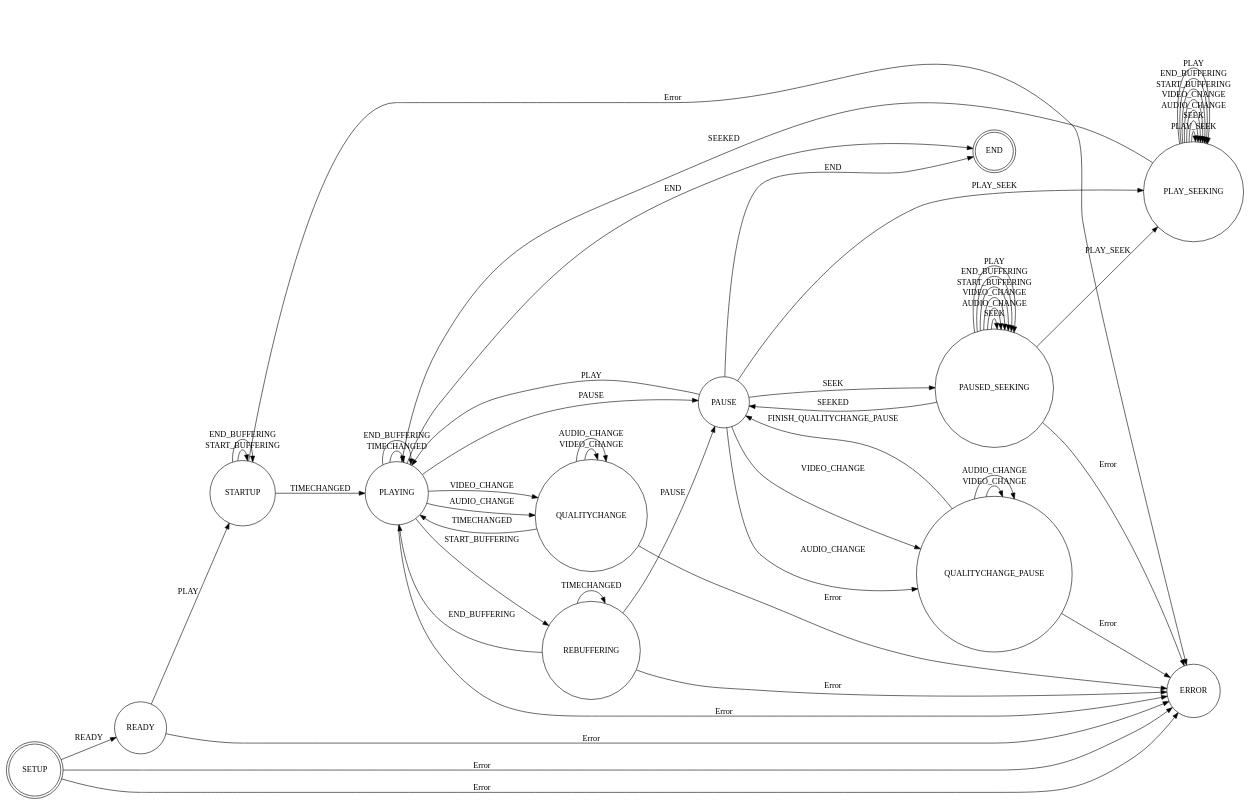
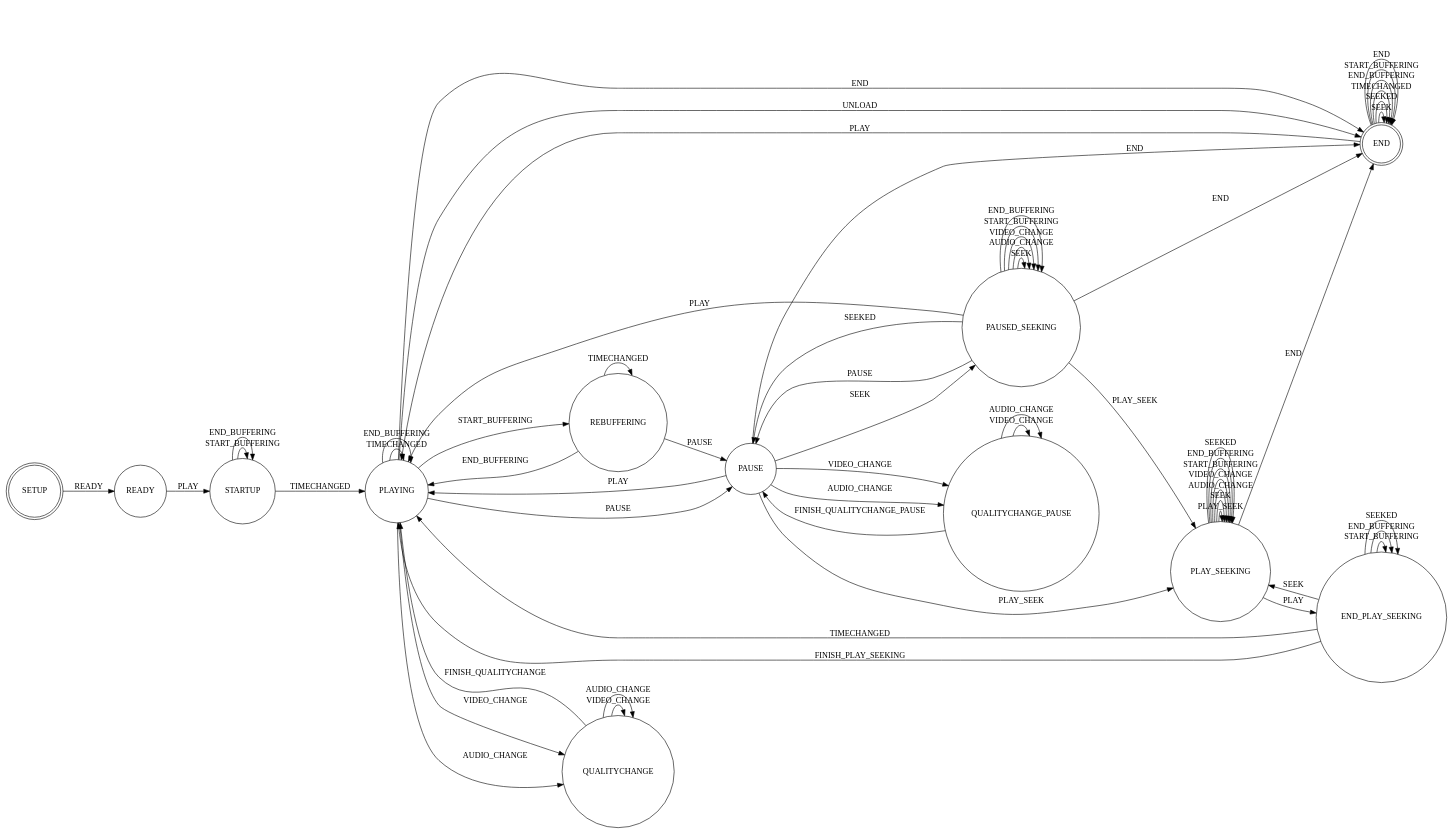
One commit to azarual/bitmovin-analytics-collector changed the diagram in js/states.puml. Above: the diagram before and after it, drawn with PlantUML.

Commit message:
Updated states.puml file.

```diff
--- a/js/states.puml
+++ b/js/states.puml
@@ -1,69 +1,85 @@
 @startuml
 digraph finite_state_machine {
   rankdir=LR;
   node [shape = doublecircle]; SETUP END;
   node [shape = circle];
 
-  SETUP -> READY [ label = "READY" ]
-  READY -> STARTUP [ label = "PLAY" ]
+	SETUP -> READY [ label = "READY" ]
+	READY -> STARTUP [ label = "PLAY" ]
+	STARTUP -> STARTUP [ label = "START_BUFFERING" ]
+	STARTUP -> STARTUP [ label = "END_BUFFERING" ]
+	STARTUP -> PLAYING [ label = "TIMECHANGED" ]
+	PLAYING -> PLAYING [ label = "TIMECHANGED" ]
+	PLAYING -> PLAYING [ label = "END_BUFFERING" ]
+	PLAYING -> REBUFFERING [ label = "START_BUFFERING" ]
+	REBUFFERING -> PLAYING [ label = "END_BUFFERING" ]
+	REBUFFERING -> REBUFFERING [ label = "TIMECHANGED" ]
+	PLAYING -> PAUSE [ label = "PAUSE" ]
+	REBUFFERING -> PAUSE [ label = "PAUSE" ]
+	PAUSE -> PLAYING [ label = "PLAY" ]
+	PLAYING -> QUALITYCHANGE [ label = "VIDEO_CHANGE" ]
+	PLAYING -> QUALITYCHANGE [ label = "AUDIO_CHANGE" ]
+	QUALITYCHANGE -> QUALITYCHANGE [ label = "VIDEO_CHANGE" ]
+	QUALITYCHANGE -> QUALITYCHANGE [ label = "AUDIO_CHANGE" ]
+	QUALITYCHANGE -> PLAYING [ label = "FINISH_QUALITYCHANGE" ]
+	PAUSE -> QUALITYCHANGE_PAUSE [ label = "VIDEO_CHANGE" ]
+	PAUSE -> QUALITYCHANGE_PAUSE [ label = "AUDIO_CHANGE" ]
+	QUALITYCHANGE_PAUSE -> QUALITYCHANGE_PAUSE [ label = "VIDEO_CHANGE" ]
+	QUALITYCHANGE_PAUSE -> QUALITYCHANGE_PAUSE [ label = "AUDIO_CHANGE" ]
+	QUALITYCHANGE_PAUSE -> PAUSE [ label = "FINISH_QUALITYCHANGE_PAUSE" ]
+	PAUSE -> PAUSED_SEEKING [ label = "SEEK" ]
+	PAUSED_SEEKING -> PAUSED_SEEKING [ label = "SEEK" ]
+	PAUSED_SEEKING -> PAUSED_SEEKING [ label = "AUDIO_CHANGE" ]
+	PAUSED_SEEKING -> PAUSED_SEEKING [ label = "VIDEO_CHANGE" ]
+	PAUSED_SEEKING -> PAUSED_SEEKING [ label = "START_BUFFERING" ]
+	PAUSED_SEEKING -> PAUSED_SEEKING [ label = "END_BUFFERING" ]
+	PAUSED_SEEKING -> PAUSE [ label = "SEEKED" ]
+	PAUSED_SEEKING -> PLAYING [ label = "PLAY" ]
+	PAUSED_SEEKING -> PAUSE [ label = "PAUSE" ]
+	PAUSE -> PLAY_SEEKING  [ label = "PLAY_SEEK" ]
+	PAUSED_SEEKING -> PLAY_SEEKING  [ label = "PLAY_SEEK" ]
+	PLAY_SEEKING -> PLAY_SEEKING  [ label = "PLAY_SEEK" ]
+	PLAY_SEEKING -> PLAY_SEEKING [ label = "SEEK" ]
+	PLAY_SEEKING -> PLAY_SEEKING [ label = "AUDIO_CHANGE" ]
+	PLAY_SEEKING -> PLAY_SEEKING [ label = "VIDEO_CHANGE" ]
+	PLAY_SEEKING -> PLAY_SEEKING [ label = "START_BUFFERING" ]
+	PLAY_SEEKING -> PLAY_SEEKING [ label = "END_BUFFERING" ]
+	PLAY_SEEKING -> PLAY_SEEKING [ label = "SEEKED" ]
+	PLAY_SEEKING -> END_PLAY_SEEKING [ label = "PLAY" ]
+	END_PLAY_SEEKING -> END_PLAY_SEEKING [ label = "START_BUFFERING" ]
+	END_PLAY_SEEKING -> END_PLAY_SEEKING [ label = "END_BUFFERING" ]
+	END_PLAY_SEEKING -> END_PLAY_SEEKING [ label = "SEEKED" ]
+	END_PLAY_SEEKING -> PLAYING [ label = "TIMECHANGED" ]
+	PLAY_SEEKING -> END [ label = "END" ]
+	PAUSED_SEEKING -> END [ label = "END" ]
+	PLAYING -> END [ label = "END" ]
+	PAUSE -> END [ label = "END" ]
+	END -> END [ label = "SEEK" ]
+	END -> END [ label = "SEEKED" ]
+	END -> END [ label = "TIMECHANGED" ]
+	END -> END [ label = "END_BUFFERING" ]
+	END -> END [ label = "START_BUFFERING" ]
+	END -> END [ label = "END" ]
+	END -> PLAYING [ label = "PLAY" ]
+	END_PLAY_SEEKING -> PLAY_SEEKING [ label = "SEEK" ]
+	END_PLAY_SEEKING -> PLAYING  [ label = "FINISH_PLAY_SEEKING" ]
+	PLAYING -> END  [ label = "UNLOAD" ]
 
-  STARTUP -> STARTUP [ label = "START_BUFFERING" ]
-  STARTUP -> STARTUP [ label = "END_BUFFERING" ]
-  STARTUP -> PLAYING [ label = "TIMECHANGED" ]
-
-  PLAYING -> PLAYING [ label = "TIMECHANGED" ]
-  PLAYING -> PLAYING [ label = "END_BUFFERING" ]
-  PLAYING -> REBUFFERING [ label = "START_BUFFERING" ]
-  REBUFFERING -> PLAYING [ label = "END_BUFFERING" ]
-  REBUFFERING -> REBUFFERING [ label = "TIMECHANGED" ]
-
-  PLAYING -> PAUSE [ label = "PAUSE" ]
-  REBUFFERING -> PAUSE [ label = "PAUSE" ]
-  PAUSE -> PLAYING [ label = "PLAY" ]
-
-  PLAYING -> QUALITYCHANGE [ label = "VIDEO_CHANGE" ]
-  PLAYING -> QUALITYCHANGE [ label = "AUDIO_CHANGE" ]
-  QUALITYCHANGE -> QUALITYCHANGE [ label = "VIDEO_CHANGE" ]
-  QUALITYCHANGE -> QUALITYCHANGE [ label = "AUDIO_CHANGE" ]
-  QUALITYCHANGE -> PLAYING [ label = "TIMECHANGED" ]
-
-  PAUSE -> QUALITYCHANGE_PAUSE [ label = "VIDEO_CHANGE" ]
-  PAUSE -> QUALITYCHANGE_PAUSE [ label = "AUDIO_CHANGE" ]
-  QUALITYCHANGE_PAUSE -> QUALITYCHANGE_PAUSE [ label = "VIDEO_CHANGE" ]
-  QUALITYCHANGE_PAUSE -> QUALITYCHANGE_PAUSE [ label = "AUDIO_CHANGE" ]
-  QUALITYCHANGE_PAUSE -> PAUSE [ label = "FINISH_QUALITYCHANGE_PAUSE" ]
-
-  PAUSE -> PAUSED_SEEKING [ label = "SEEK" ]
-  PAUSED_SEEKING -> PAUSED_SEEKING [ label = "SEEK" ]
-  PAUSED_SEEKING -> PAUSED_SEEKING [ label = "AUDIO_CHANGE" ]
-  PAUSED_SEEKING -> PAUSED_SEEKING [ label = "VIDEO_CHANGE" ]
-  PAUSED_SEEKING -> PAUSED_SEEKING [ label = "START_BUFFERING" ]
-  PAUSED_SEEKING -> PAUSED_SEEKING [ label = "END_BUFFERING" ]
-  PAUSED_SEEKING -> PAUSE [ label = "SEEKED" ]
-  PAUSED_SEEKING -> PAUSED_SEEKING [ label = "PLAY" ]
-
-  PAUSE -> PLAY_SEEKING [ label = "PLAY_SEEK" ]
-  PAUSED_SEEKING -> PLAY_SEEKING [ label = "PLAY_SEEK" ]
-  PLAY_SEEKING -> PLAY_SEEKING [ label = "PLAY_SEEK" ]
-  PLAY_SEEKING -> PLAY_SEEKING [ label = "SEEK" ]
-  PLAY_SEEKING -> PLAY_SEEKING [ label = "AUDIO_CHANGE" ]
-  PLAY_SEEKING -> PLAY_SEEKING [ label = "VIDEO_CHANGE" ]
-  PLAY_SEEKING -> PLAY_SEEKING [ label = "START_BUFFERING" ]
-  PLAY_SEEKING -> PLAY_SEEKING [ label = "END_BUFFERING" ]
-  PLAY_SEEKING -> PLAYING [ label = "SEEKED" ]
-  PLAY_SEEKING -> PLAY_SEEKING [ label = "PLAY" ]
-
-  PLAYING -> END [ label = "END" ]
-  PAUSE -> END [ label = "END" ]
-
-  SETUP -> ERROR [ label = "Error" ]
-  READY -> ERROR [ label = "Error" ]
-  STARTUP -> ERROR [ label = "Error" ]
-  PLAYING -> ERROR [ label = "Error" ]
-  REBUFFERING -> ERROR [ label = "Error" ]
-  QUALITYCHANGE -> ERROR [ label = "Error" ]
-  QUALITYCHANGE_PAUSE -> ERROR [ label = "Error" ]
-  PAUSED_SEEKING -> ERROR [ label = "Error" ]
-  SETUP -> ERROR [ label = "Error" ]
+	//SETUP -> ERROR
+	//STARTUP -> ERROR
+	//READY -> ERROR
+	//PLAYING -> ERROR
+	//REBUFFERING -> ERROR
+	//PAUSE -> ERROR
+	//QUALITYCHANGE -> ERROR
+	//PAUSED_SEEKING -> ERROR
+	//PLAY_SEEKING -> ERROR
+	//END_PLAY_SEEKING -> ERROR
+	//QUALITYCHANGE_PAUSE -> ERROR
+	//FINISH_PLAY_SEEKING -> ERROR
+	//PLAY_SEEK -> ERROR
+	//FINISH_QUALITYCHANGE_PAUSE -> ERROR
+	//FINISH_QUALITYCHANGE -> ERROR
+	//END -> ERROR
 }
 @enduml
```
